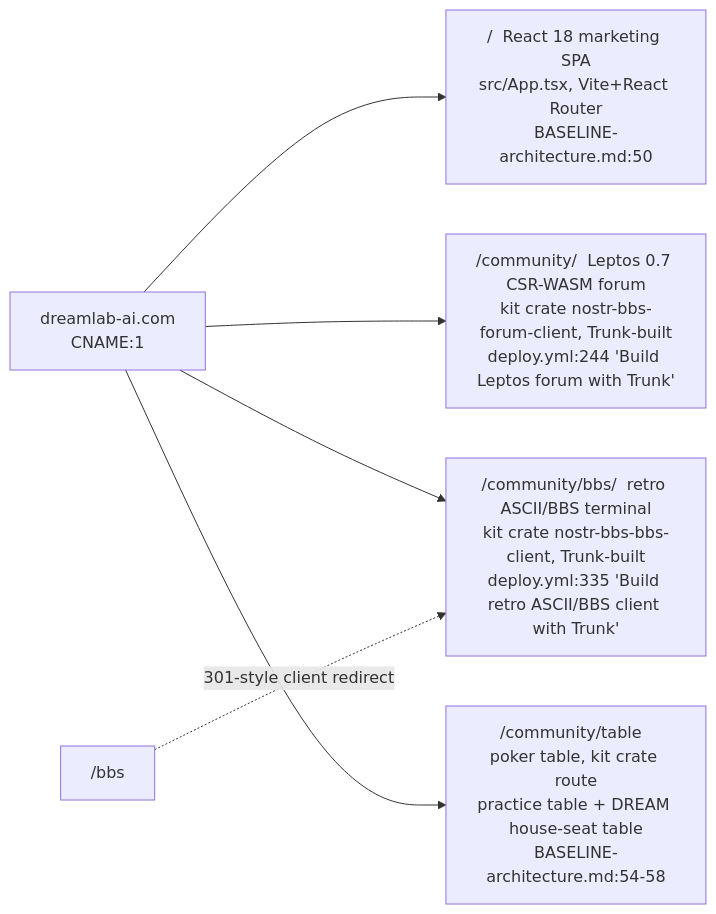
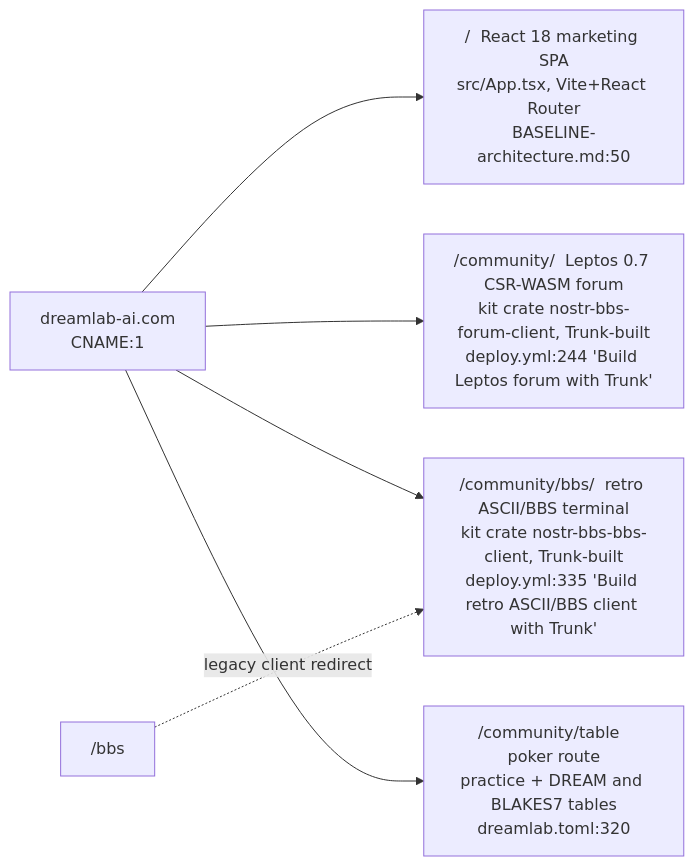
The second of 7 diagrams in docs/diagrams/dreamlab-ai-website/01-repo-composition-and-deploy-topology.md (DreamLab-AI/VisionFlow), drawn with Mermaid before and after one commit. The commit also changed other lines of this file and 34 other files, not shown here.

````diff
--- a/docs/diagrams/dreamlab-ai-website/01-repo-composition-and-deploy-topology.md
+++ b/docs/diagrams/dreamlab-ai-website/01-repo-composition-and-deploy-topology.md
@@ -38,8 +38,8 @@
 ```mermaid
 flowchart LR
     ORIGIN["dreamlab-ai.com<br/>CNAME:1"] --> ROOT["/  React 18 marketing SPA<br/>src/App.tsx, Vite+React Router<br/>BASELINE-architecture.md:50"]
     ORIGIN --> COMM["/community/  Leptos 0.7 CSR-WASM forum<br/>kit crate nostr-bbs-forum-client, Trunk-built<br/>deploy.yml:244 'Build Leptos forum with Trunk'"]
     ORIGIN --> BBS["/community/bbs/  retro ASCII/BBS terminal<br/>kit crate nostr-bbs-bbs-client, Trunk-built<br/>deploy.yml:335 'Build retro ASCII/BBS client with Trunk'"]
-    ORIGIN --> TBL["/community/table  poker table, kit crate route<br/>practice table + DREAM house-seat table<br/>BASELINE-architecture.md:54-58"]
-    LEGACY["/bbs"] -. "301-style client redirect" .-> BBS
+    ORIGIN --> TBL["/community/table  poker route<br/>practice + DREAM and BLAKES7 tables<br/>dreamlab.toml:320"]
+    LEGACY["/bbs"] -. "legacy client redirect" .-> BBS
 ```
````
